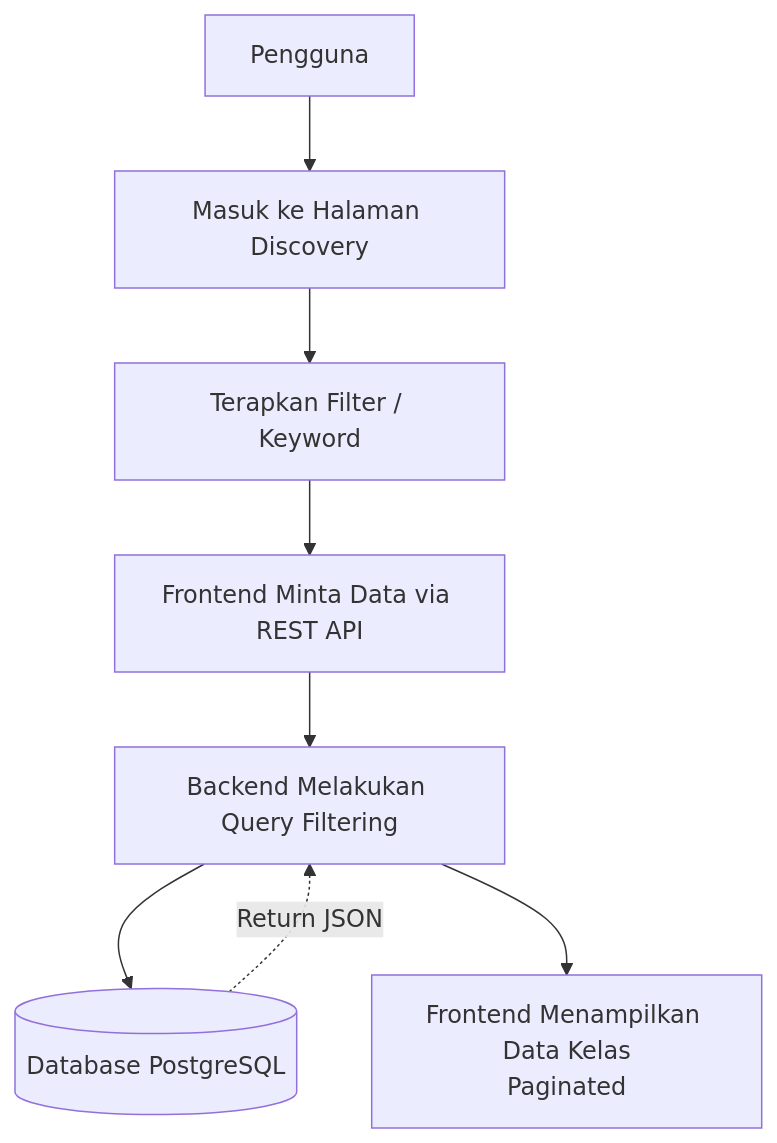
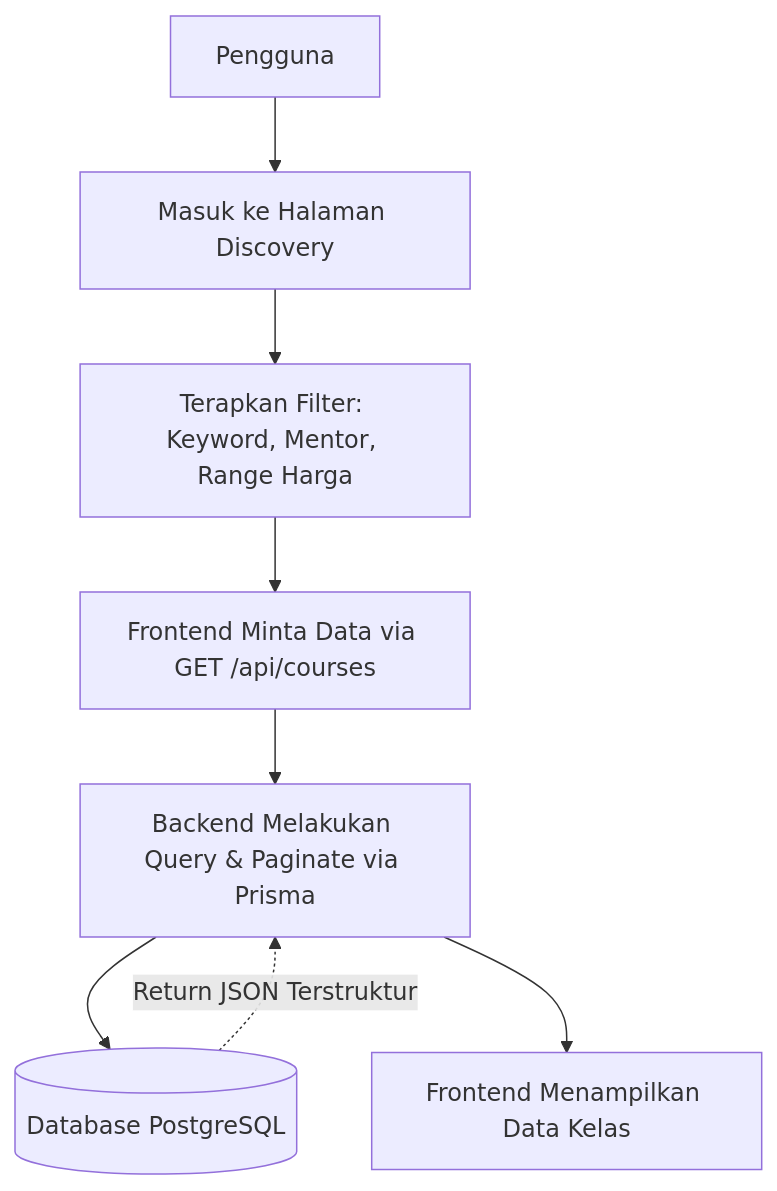
Before and after one commit to huqong282-lab/coding-study-fe: the fifth of 7 diagrams in CodingStudy/documentations/Flowcharts.md, drawn with Mermaid. The commit also changed other lines of this file and 2 other files, not shown here.

Commit message:
docs: initialize project development task management and update authentication flowchart documentation

````diff
--- a/CodingStudy/documentations/Flowcharts.md
+++ b/CodingStudy/documentations/Flowcharts.md
@@ -74,10 +77,10 @@
 ```mermaid
 graph TD
     A[Pengguna] --> B[Masuk ke Halaman Discovery]
-    B --> C[Terapkan Filter / Keyword]
-    C --> D[Frontend Minta Data via REST API]
-    D --> E[Backend Melakukan Query Filtering]
+    B --> C[Terapkan Filter: Keyword, Mentor, Range Harga]
+    C --> D[Frontend Minta Data via GET /api/courses]
+    D --> E[Backend Melakukan Query & Paginate via Prisma]
     E --> F[(Database PostgreSQL)]
-    F -.->|Return JSON| E
-    E --> G[Frontend Menampilkan Data Kelas<br>Paginated]
+    F -.->|Return JSON Terstruktur| E
+    E --> G[Frontend Menampilkan Data Kelas]
 ```
````
